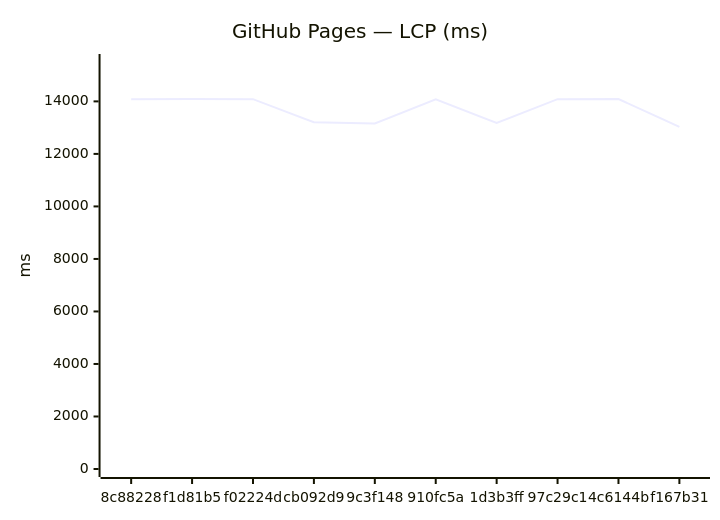
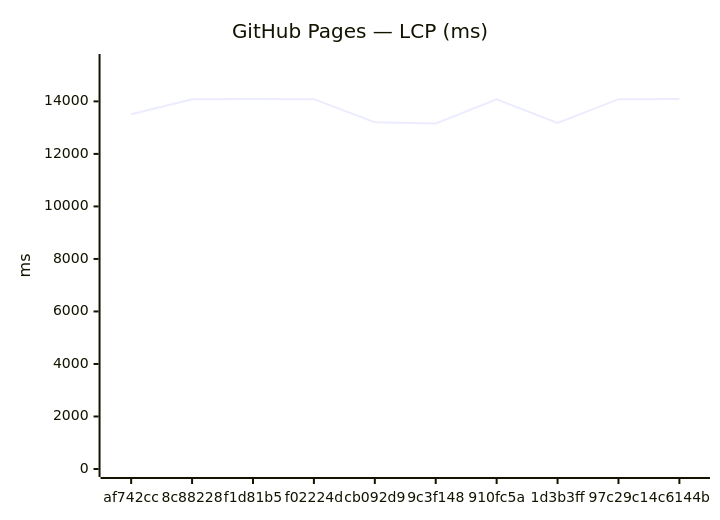
Before and after one commit to Metaheurist/Rianell: the third of 18 diagrams in benchmarks/compare.md, drawn with Mermaid. The commit also changed other lines of this file and 12 other files, not shown here.

````diff
--- a/benchmarks/compare.md
+++ b/benchmarks/compare.md
@@ -54,7 +54,7 @@
 ```mermaid
 xychart-beta
     title "GitHub Pages — LCP (ms)"
-    x-axis ["8c88228", "f1d81b5", "f02224d", "cb092d9", "9c3f148", "910fc5a", "1d3b3ff", "97c29c1", "4c6144b", "f167b31"]
+    x-axis ["af742cc", "8c88228", "f1d81b5", "f02224d", "cb092d9", "9c3f148", "910fc5a", "1d3b3ff", "97c29c1", "4c6144b"]
     y-axis "ms" 0 --> 15500
-    line [14082, 14090, 14084, 13204, 13156, 14081, 13177, 14085, 14088, 13032]
+    line [13510, 14082, 14090, 14084, 13204, 13156, 14081, 13177, 14085, 14088]
 ```
````
